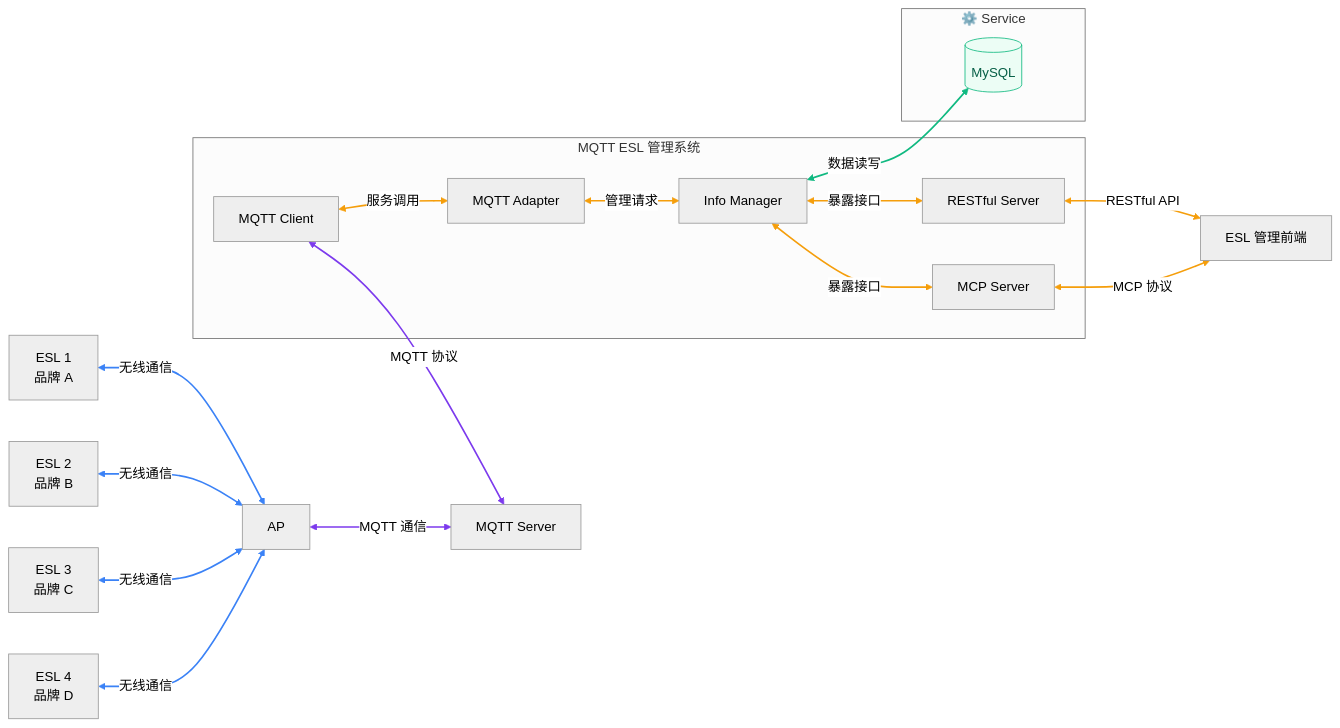
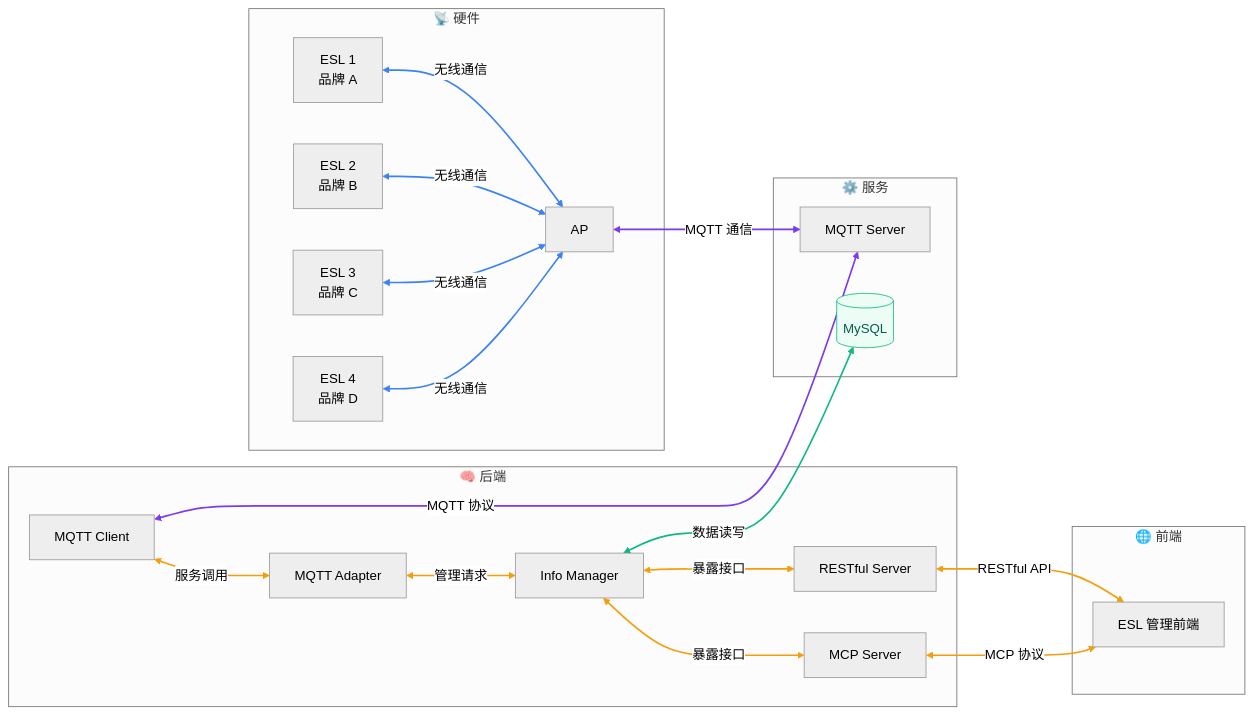
One commit to MQTT-ESL-Dev/.github changed the diagram in profile/README.md. Above: the diagram before and after it, drawn with Mermaid (neutral theme).

Commit message:
refactor(🏗️ Structure): reorganize architecture subgraphs

````diff
--- a/profile/README.md
+++ b/profile/README.md
@@ -9,37 +9,42 @@
 ```mermaid
 flowchart LR
-	ESL1["ESL 1<br/>品牌 A"] <-->|无线通信| AP[AP]
-	ESL2["ESL 2<br/>品牌 B"] <-->|无线通信| AP
-	ESL3["ESL 3<br/>品牌 C"] <-->|无线通信| AP
-	ESL4["ESL 4<br/>品牌 D"] <-->|无线通信| AP
-	AP <-->|MQTT 通信| MQTT[MQTT Server]
-	subgraph MQTTSystem[MQTT ESL 管理系统]
+	subgraph Hardware["📡 硬件"]
+		ESL1["ESL 1<br/>品牌 A"] <-->|无线通信| AP[AP]
+		ESL2["ESL 2<br/>品牌 B"] <-->|无线通信| AP
+		ESL3["ESL 3<br/>品牌 C"] <-->|无线通信| AP
+		ESL4["ESL 4<br/>品牌 D"] <-->|无线通信| AP
+	end
+	subgraph Backend["🧠 后端"]
 		Client[MQTT Client]
 		Adapter[MQTT Adapter]
 		Manager[Info Manager]
 		MCP[MCP Server]
 		NormalServer["RESTful Server"]
 		Client <-->|服务调用| Adapter
 		Adapter <-->|管理请求| Manager
 		Manager <-->|暴露接口| MCP
 		Manager <-->|暴露接口| NormalServer
 	end
+	subgraph Service["⚙️ 服务"]
+		MQTT[MQTT Server]
+		MySQL[(MySQL)]
+	end
 	Client <-->|MQTT 协议| MQTT
-	Frontend[ESL 管理前端]
+	AP <-->|MQTT 通信| MQTT
+	subgraph FrontendSystem["🌐 前端"]
+		Frontend[ESL 管理前端]
+	end
 	NormalServer <-->|RESTful API| Frontend
 	MCP <-->|MCP 协议| Frontend
-	subgraph Service["⚙️ Service"]
-		MySQL[(MySQL)]
-	end
 	Manager <-->|数据读写| MySQL
 
 	classDef blue fill:#EFF6FF,stroke:#3B82F6,color:#1E3A8A;
 	classDef purple fill:#F3E8FF,stroke:#7C3AED,color:#4C1D95;
 	classDef orange fill:#FFF7ED,stroke:#F59E0B,color:#92400E;
 	classDef green fill:#ECFDF5,stroke:#10B981,color:#065F46;
 	class MySQL green;
 	linkStyle 0,1,2,3 stroke:#3B82F6,stroke-width:2px;
-	linkStyle 4,9 stroke:#7C3AED,stroke-width:2px;
-	linkStyle 5,6,7,8,10,11 stroke:#F59E0B,stroke-width:2px;
+	linkStyle 8,9 stroke:#7C3AED,stroke-width:2px;
+	linkStyle 4,5,6,7,10,11 stroke:#F59E0B,stroke-width:2px;
 	linkStyle 12 stroke:#10B981,stroke-width:2px;
 ```
````
